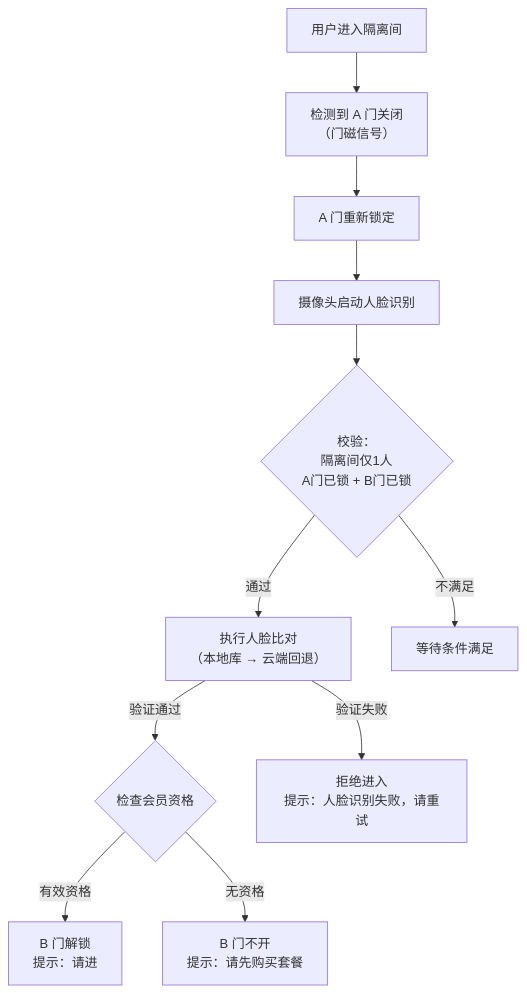
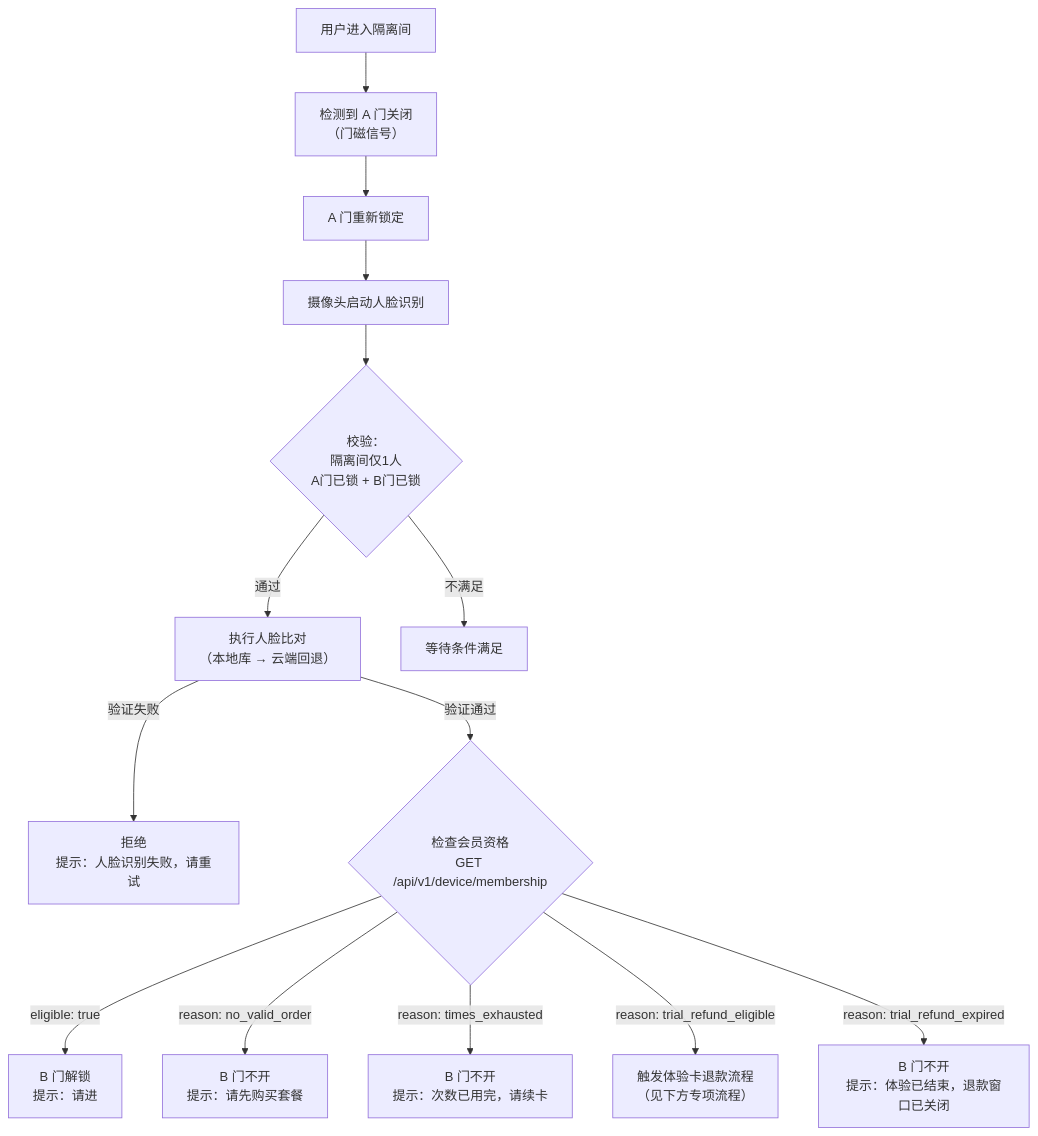
One commit to fitron-app/docs changed the second of 7 diagrams in docs/functional-systems/face-recognition.md. Above: the diagram before and after it, drawn with Mermaid. The commit also changed other lines of this file and 2 other files, not shown here.

````diff
--- a/docs/functional-systems/face-recognition.md
+++ b/docs/functional-systems/face-recognition.md
@@ -38,13 +38,17 @@
 ```mermaid
 flowchart TD
     Enter["用户进入隔离间"] --> MagA["检测到 A 门关闭\n（门磁信号）"]
     MagA --> LockA["A 门重新锁定"]
     LockA --> StartFace["摄像头启动人脸识别"]
     StartFace --> CheckCond{"校验：\n隔离间仅1人\nA门已锁 + B门已锁"}
     CheckCond -->|"通过"| FaceMatch["执行人脸比对\n（本地库 → 云端回退）"]
     CheckCond -->|"不满足"| WaitCond["等待条件满足"]
-    FaceMatch -->|"验证通过"| CheckMembership{"检查会员资格"}
-    FaceMatch -->|"验证失败"| FaceFail["拒绝进入\n提示：人脸识别失败，请重试"]
-    CheckMembership -->|"有效资格"| UnlockB["B 门解锁\n提示：请进"]
-    CheckMembership -->|"无资格"| NoMember["B 门不开\n提示：请先购买套餐"]
+    FaceMatch -->|"验证失败"| FaceFail["拒绝\n提示：人脸识别失败，请重试"]
+    FaceMatch -->|"验证通过"| CheckMembership{"检查会员资格\nGET /api/v1/device/membership"}
+
+    CheckMembership -->|"eligible: true"| UnlockB["B 门解锁\n提示：请进"]
+    CheckMembership -->|"reason: no_valid_order"| NoMember["B 门不开\n提示：请先购买套餐"]
+    CheckMembership -->|"reason: times_exhausted"| TimesOut["B 门不开\n提示：次数已用完，请续卡"]
+    CheckMembership -->|"reason: trial_refund_eligible"| TrialRefund["触发体验卡退款流程\n（见下方专项流程）"]
+    CheckMembership -->|"reason: trial_refund_expired"| TrialExpired["B 门不开\n提示：体验已结束，退款窗口已关闭"]
 ```
````
